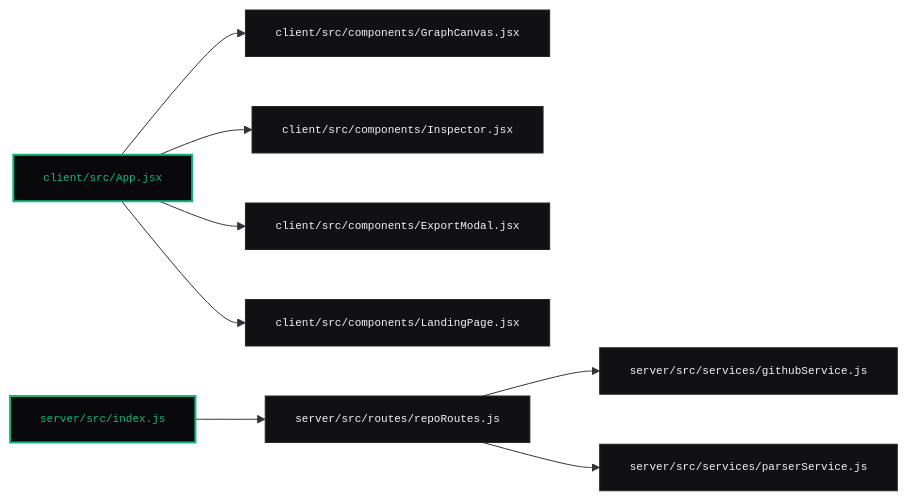
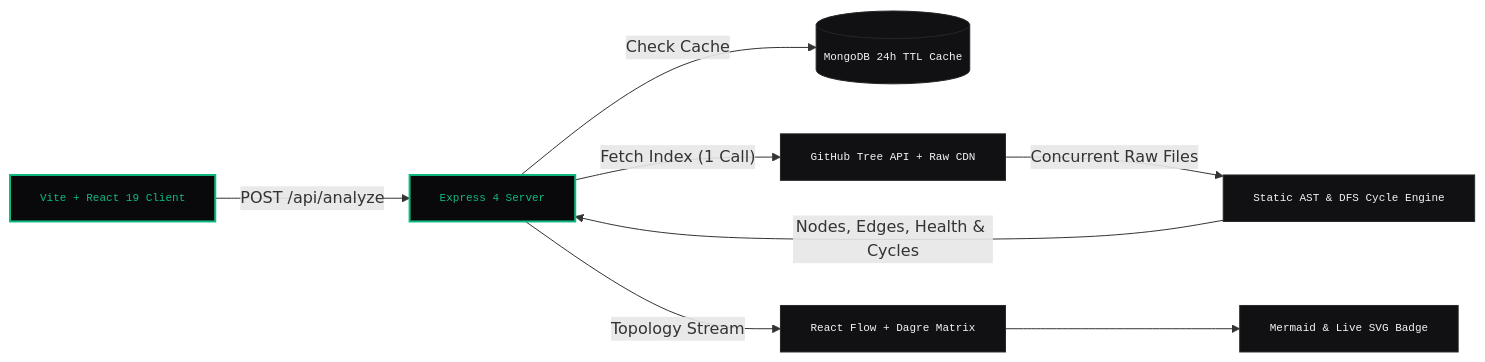
Before and after one commit to AtharvDoiphode/Repomap: the diagram in README.md, drawn with Mermaid. The commit also changed other lines of this file and 8 other files, not shown here.

Commit message:
feat: add DFS cycle detector, live SVG badge endpoint, high-res PNG export & tighten README

````diff
--- a/README.md
+++ b/README.md
@@ -76,24 +56,22 @@
 ```mermaid
 %% Generated via RepoMap Architecture Telemetry
 flowchart LR
-    classDef nodeStyle fill:#111113,stroke:#27272a,stroke-width:1px,color:#f4f4f5,font-family:monospace,font-size:11px;
-    classDef hubStyle fill:#09090b,stroke:#10b981,stroke-width:2px,color:#10b981,font-family:monospace,font-size:11px;
+    classDef hub fill:#09090b,stroke:#10b981,stroke-width:2px,color:#10b981,font-family:monospace,font-size:11px;
+    classDef node fill:#111113,stroke:#27272a,stroke-width:1px,color:#f4f4f5,font-family:monospace,font-size:11px;
 
-    client_src_App_jsx["client/src/App.jsx"]:::hubStyle
-    client_src_components_GraphCanvas_jsx["client/src/components/GraphCanvas.jsx"]:::nodeStyle
-    client_src_components_Inspector_jsx["client/src/components/Inspector.jsx"]:::nodeStyle
-    client_src_components_ExportModal_jsx["client/src/components/ExportModal.jsx"]:::nodeStyle
-    client_src_components_LandingPage_jsx["client/src/components/LandingPage.jsx"]:::nodeStyle
-    server_src_index_js["server/src/index.js"]:::hubStyle
-    server_src_routes_repoRoutes_js["server/src/routes/repoRoutes.js"]:::nodeStyle
-    server_src_services_githubService_js["server/src/services/githubService.js"]:::nodeStyle
-    server_src_services_parserService_js["server/src/services/parserService.js"]:::nodeStyle
+    UI["Vite + React 19 Client"]:::hub
+    API["Express 4 Server"]:::hub
+    DB[("MongoDB 24h TTL Cache")]:::node
+    GH["GitHub Tree API + Raw CDN"]:::node
+    PARSER["Static AST & DFS Cycle Engine"]:::node
+    CANVAS["React Flow + Dagre Matrix"]:::node
+    EXPORTER["Mermaid & Live SVG Badge"]:::node
 
-    client_src_App_jsx --> client_src_components_GraphCanvas_jsx
-    client_src_App_jsx --> client_src_components_Inspector_jsx
-    client_src_App_jsx --> client_src_components_ExportModal_jsx
-    client_src_App_jsx --> client_src_components_LandingPage_jsx
-    server_src_index_js --> server_src_routes_repoRoutes_js
-    server_src_routes_repoRoutes_js --> server_src_services_githubService_js
-    server_src_routes_repoRoutes_js --> server_src_services_parserService_js
+    UI -->|"POST /api/analyze"| API
+    API -->|"Check Cache"| DB
+    API -->|"Fetch Index (1 Call)"| GH
+    GH -->|"Concurrent Raw Files"| PARSER
+    PARSER -->|"Nodes, Edges, Health & Cycles"| API
+    API -->|"Topology Stream"| CANVAS
+    CANVAS --> EXPORTER
 ```
````
